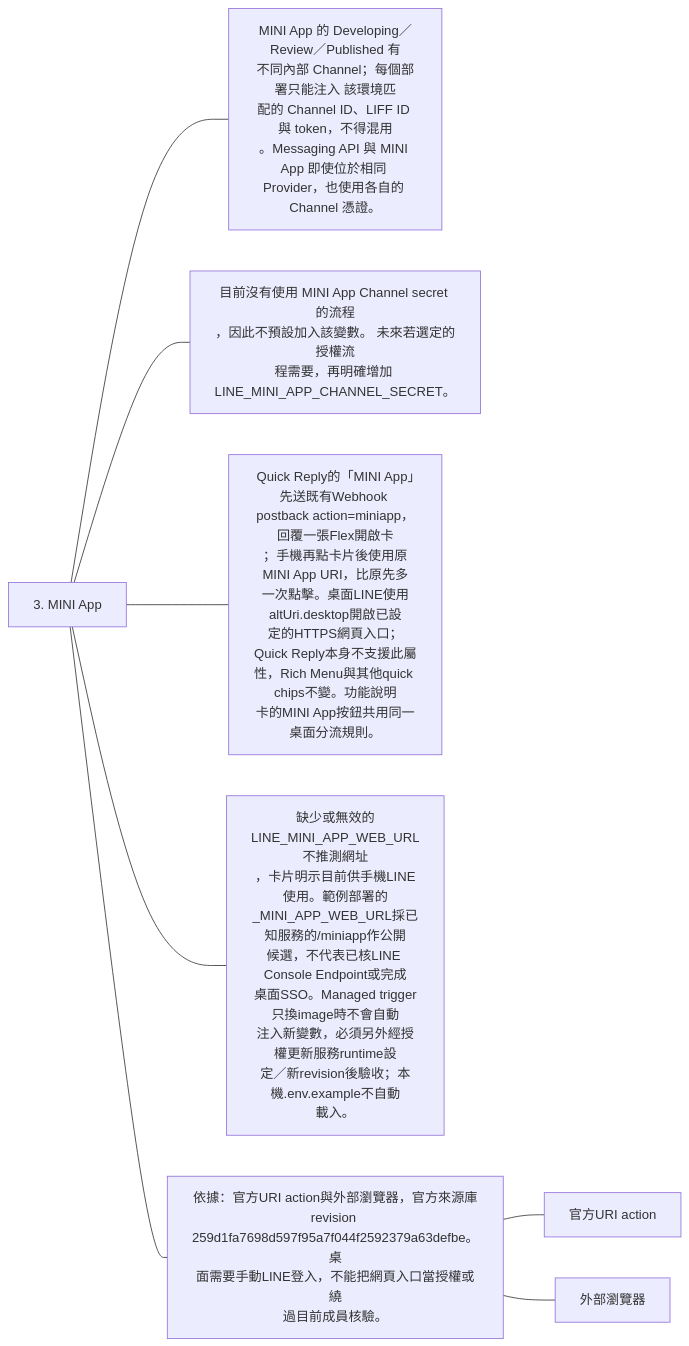
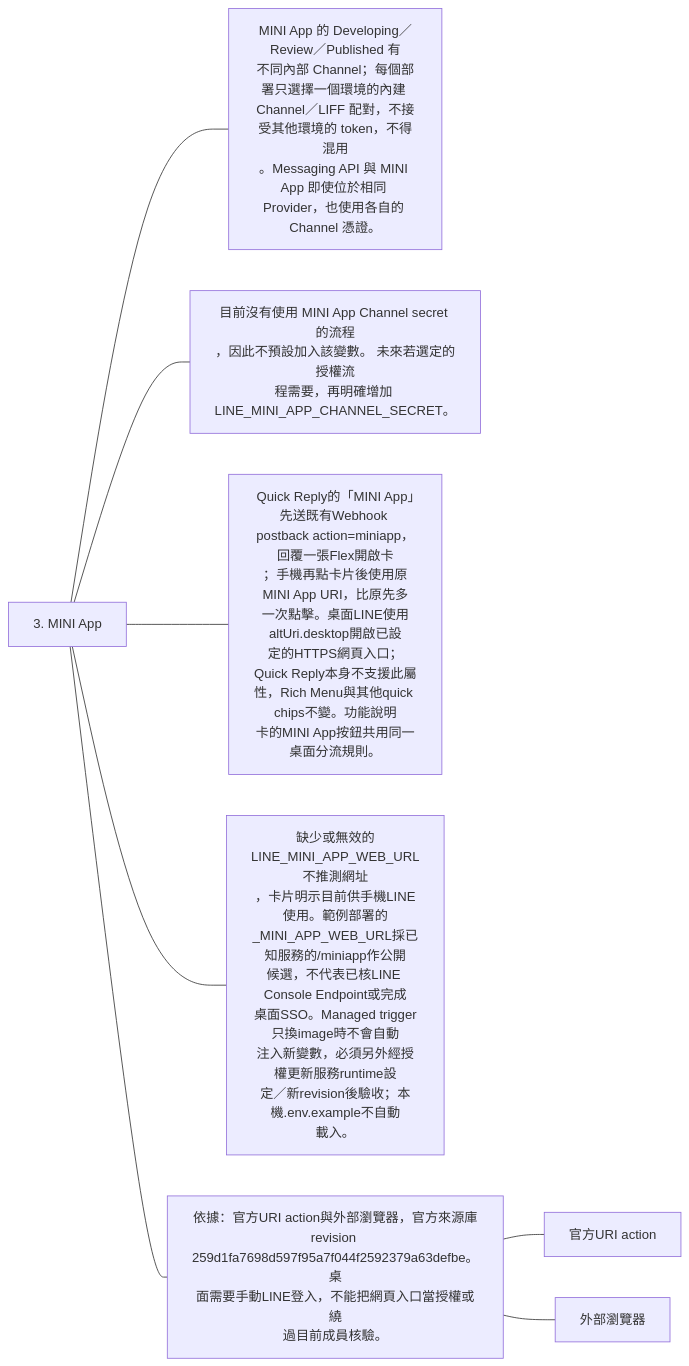
The seventh of 9 diagrams in docs/architecture/integrations/line-environment.md (963sup/line-mini-app-bot), drawn with Mermaid before and after one commit. The commit also changed other lines of this file and 12 other files, not shown here.

````diff
--- a/docs/architecture/integrations/line-environment.md
+++ b/docs/architecture/integrations/line-environment.md
@@ -54,13 +54,13 @@
 ```mermaid
 flowchart LR
   h["3. MINI App"]
-  h --- n0["MINI App 的 Developing／Review／Published 有<br/>不同內部 Channel；每個部署只能注入 該環境匹<br/>配的 Channel ID、LIFF ID 與 token，不得混用<br/>。Messaging API 與 MINI App 即使位於相同 <br/>Provider，也使用各自的 Channel 憑證。"]
+  h --- n0["MINI App 的 Developing／Review／Published 有<br/>不同內部 Channel；每個部署只選擇一個環境的內建 Channel／LIFF 配對，不接受其他環境的 token，不得混用<br/>。Messaging API 與 MINI App 即使位於相同 <br/>Provider，也使用各自的 Channel 憑證。"]
   h --- n1["目前沒有使用 MINI App Channel secret 的流程<br/>，因此不預設加入該變數。 未來若選定的授權流<br/>程需要，再明確增加 <br/>LINE_MINI_APP_CHANNEL_SECRET。"]
   h --- n2["Quick Reply的「MINI App」先送既有Webhook <br/>postback action=miniapp，回覆一張Flex開啟卡<br/>；手機再點卡片後使用原MINI App URI，比原先多<br/>一次點擊。桌面LINE使用altUri.desktop開啟已設<br/>定的HTTPS網頁入口；Quick Reply本身不支援此屬<br/>性，Rich Menu與其他quick chips不變。功能說明<br/>卡的MINI App按鈕共用同一桌面分流規則。"]
   h --- n3["缺少或無效的LINE_MINI_APP_WEB_URL不推測網址<br/>，卡片明示目前供手機LINE使用。範例部署的<br/>_MINI_APP_WEB_URL採已知服務的/miniapp作公開<br/>候選，不代表已核LINE Console Endpoint或完成<br/>桌面SSO。Managed trigger只換image時不會自動<br/>注入新變數，必須另外經授權更新服務runtime設<br/>定／新revision後驗收；本機.env.example不自動<br/>載入。"]
   h --- n4["依據：官方URI action與外部瀏覽器，官方來源庫<br/>revision <br/>259d1fa7698d597f95a7f044f2592379a63defbe。桌<br/>面需要手動LINE登入，不能把網頁入口當授權或繞<br/>過目前成員核驗。"]
   n4 --- n4l0["官方URI action"]
   click n4l0 "https://developers.line.biz/en/reference/messaging-api/#uri-action"
   n4 --- n4l1["外部瀏覽器"]
   click n4l1 "https://developers.line.biz/en/docs/line-mini-app/develop/external-browser/"
 ```
````
